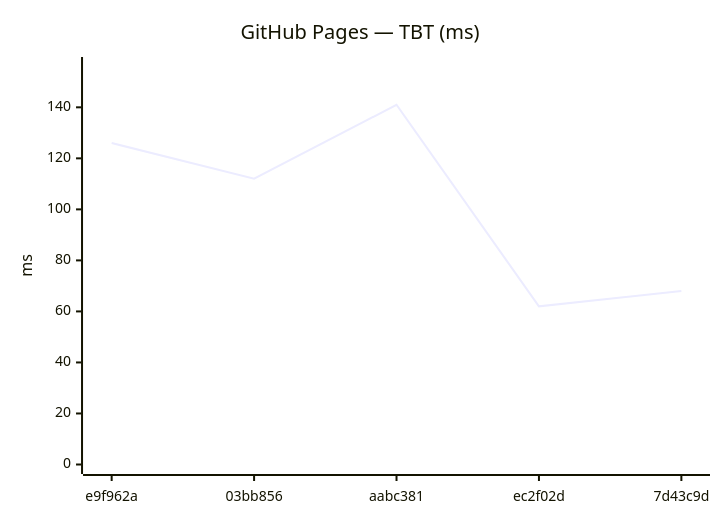
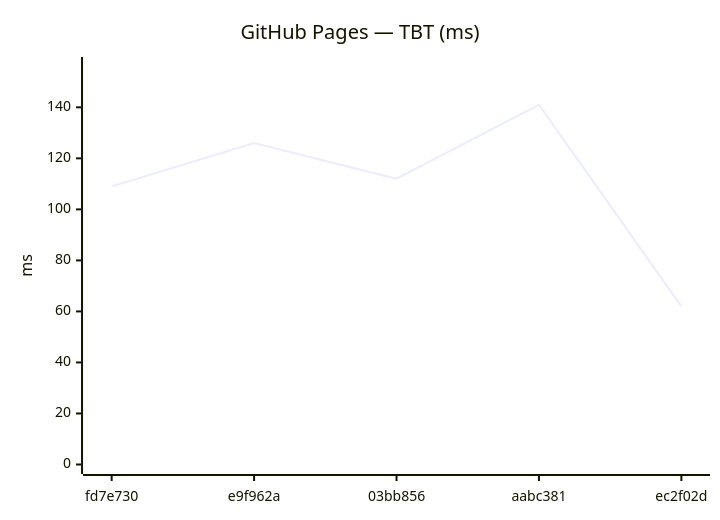
One commit to Metaheurist/Rianell changed the tenth of 18 diagrams in benchmarks/compare.md. Above: the diagram before and after it, drawn with Mermaid. The commit also changed other lines of this file and 11 other files, not shown here.

````diff
--- a/benchmarks/compare.md
+++ b/benchmarks/compare.md
@@ -149,7 +149,7 @@
 ```mermaid
 xychart-beta
     title "GitHub Pages — TBT (ms)"
-    x-axis ["e9f962a", "03bb856", "aabc381", "ec2f02d", "7d43c9d"]
+    x-axis ["fd7e730", "e9f962a", "03bb856", "aabc381", "ec2f02d"]
     y-axis "ms" 0 --> 156
-    line [126, 112, 141, 62, 68]
+    line [109, 126, 112, 141, 62]
 ```
````
